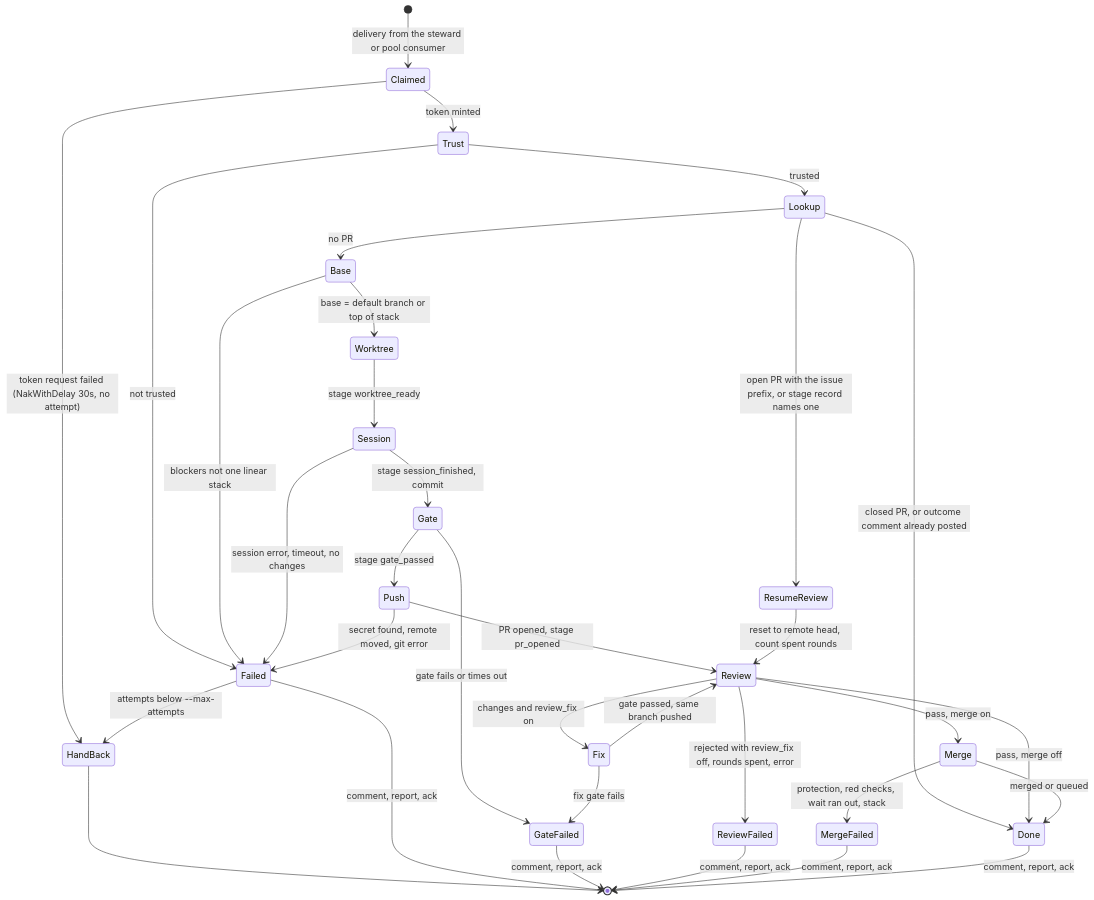
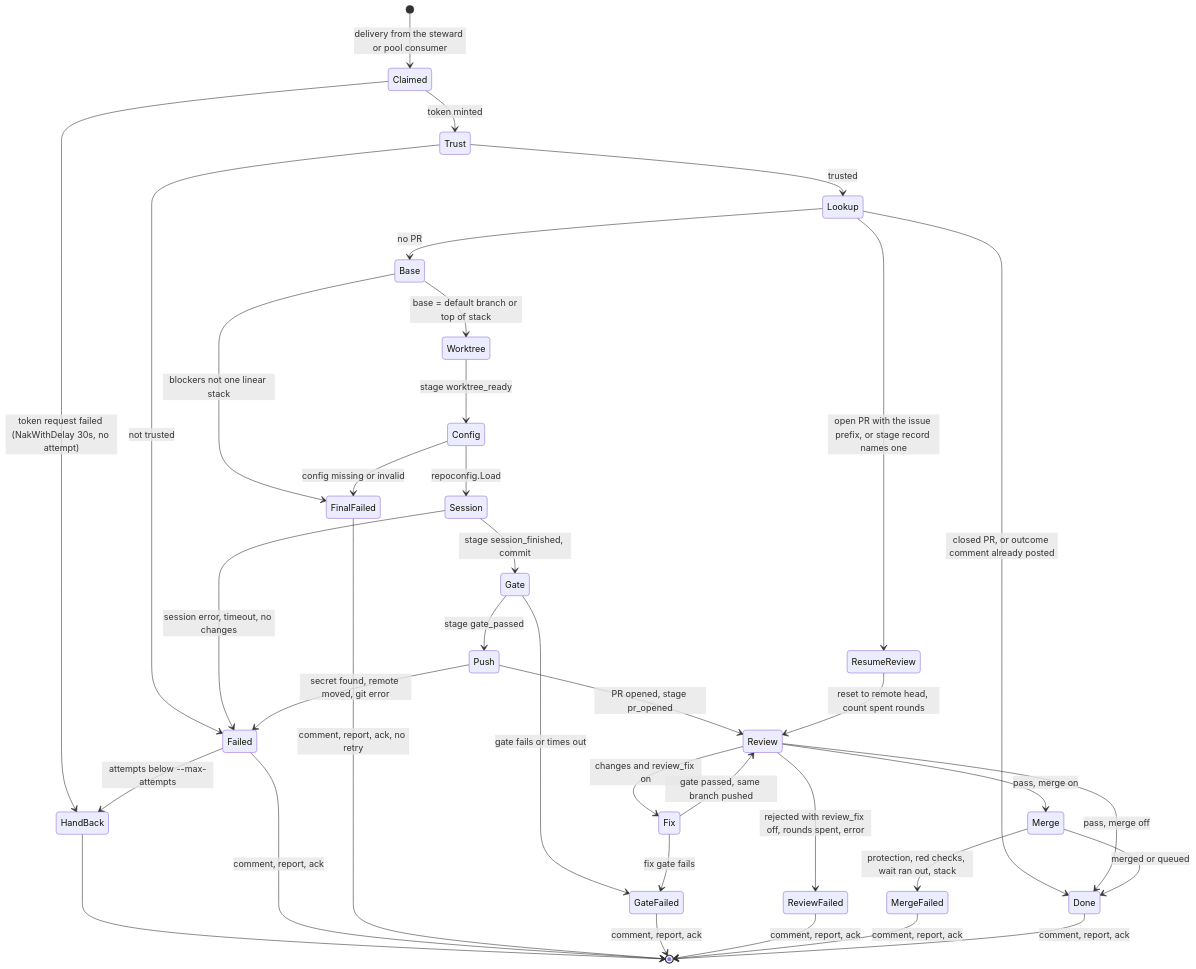
Before and after one commit to autobutler-org/schmeide: the diagram in docs/architecture/runner.md, drawn with Mermaid. The commit also changed other lines of this file and 12 other files, not shown here.

First line of the commit message:
fail a job finally on a missing repo config or side-by-side blockers (#216)

````diff
--- a/docs/architecture/runner.md
+++ b/docs/architecture/runner.md
@@ -50,36 +50,39 @@
 ```mermaid
 stateDiagram-v2
     [*] --> Claimed: delivery from the steward or pool consumer
     Claimed --> HandBack: token request failed (NakWithDelay 30s, no attempt)
     Claimed --> Trust: token minted
     Trust --> Failed: not trusted
     Trust --> Lookup: trusted
     Lookup --> ResumeReview: open PR with the issue prefix, or stage record names one
     Lookup --> Done: closed PR, or outcome comment already posted
     Lookup --> Base: no PR
-    Base --> Failed: blockers not one linear stack
+    Base --> FinalFailed: blockers not one linear stack
     Base --> Worktree: base = default branch or top of stack
-    Worktree --> Session: stage worktree_ready
+    Worktree --> Config: stage worktree_ready
+    Config --> FinalFailed: config missing or invalid
+    Config --> Session: repoconfig.Load
     Session --> Failed: session error, timeout, no changes
     Session --> Gate: stage session_finished, commit
     Gate --> GateFailed: gate fails or times out
     Gate --> Push: stage gate_passed
     Push --> Failed: secret found, remote moved, git error
     Push --> Review: PR opened, stage pr_opened
     ResumeReview --> Review: reset to remote head, count spent rounds
     Review --> ReviewFailed: rejected with review_fix off, rounds spent, error
     Review --> Fix: changes and review_fix on
     Fix --> Review: gate passed, same branch pushed
     Fix --> GateFailed: fix gate fails
     Review --> Done: pass, merge off
     Review --> Merge: pass, merge on
     Merge --> Done: merged or queued
     Merge --> MergeFailed: protection, red checks, wait ran out, stack
     Failed --> HandBack: attempts below --max-attempts
     HandBack --> [*]
     Failed --> [*]: comment, report, ack
+    FinalFailed --> [*]: comment, report, ack, no retry
     GateFailed --> [*]: comment, report, ack
     ReviewFailed --> [*]: comment, report, ack
     MergeFailed --> [*]: comment, report, ack
     Done --> [*]: comment, report, ack
 ```
````
